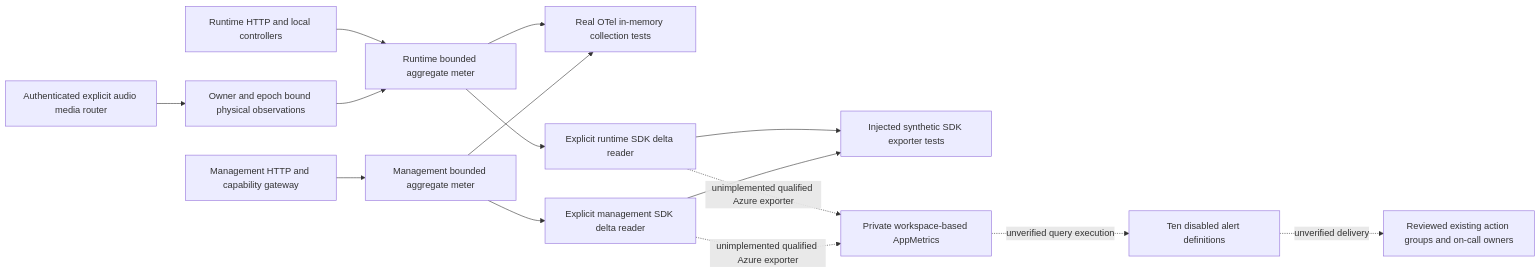
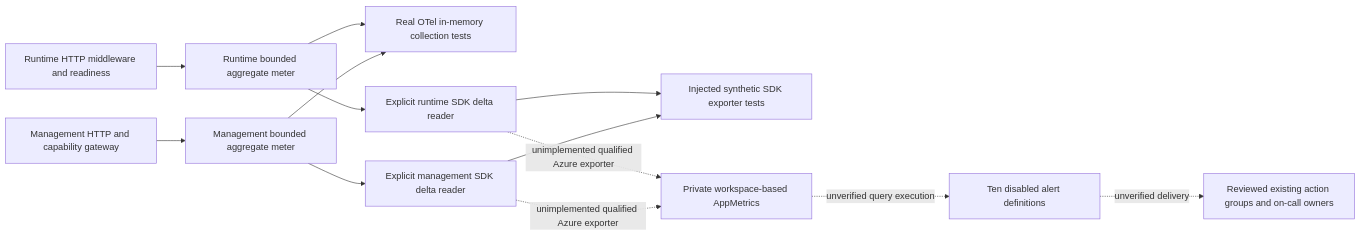
The diagram in docs/runbooks/monitoring.md (marvinbuss/caller-ai), drawn with Mermaid before and after one commit. The commit also changed other lines of this file and 236 other files, not shown here.

````diff
--- a/docs/runbooks/monitoring.md
+++ b/docs/runbooks/monitoring.md
@@ -64,17 +64,15 @@
 ```mermaid
 flowchart LR
-    Runtime[Runtime HTTP and local controllers] --> RuntimeMeter[Runtime bounded aggregate meter]
-   Media[Authenticated explicit audio media router] --> Physical[Owner and epoch bound physical observations]
-   Physical --> RuntimeMeter
+    Runtime[Runtime HTTP middleware and readiness] --> RuntimeMeter[Runtime bounded aggregate meter]
     Management[Management HTTP and capability gateway] --> ManagementMeter[Management bounded aggregate meter]
     RuntimeMeter --> Local[Real OTel in-memory collection tests]
     ManagementMeter --> Local
    RuntimeMeter --> RuntimeDelta[Explicit runtime SDK delta reader]
    ManagementMeter --> ManagementDelta[Explicit management SDK delta reader]
    RuntimeDelta --> Sink[Injected synthetic SDK exporter tests]
    ManagementDelta --> Sink
    RuntimeDelta -. unimplemented qualified Azure exporter .-> Cloud[Private workspace-based AppMetrics]
    ManagementDelta -. unimplemented qualified Azure exporter .-> Cloud
     Cloud -. unverified query execution .-> Alerts[Ten disabled alert definitions]
     Alerts -. unverified delivery .-> Targets[Reviewed existing action groups and on-call owners]
 ```
````
